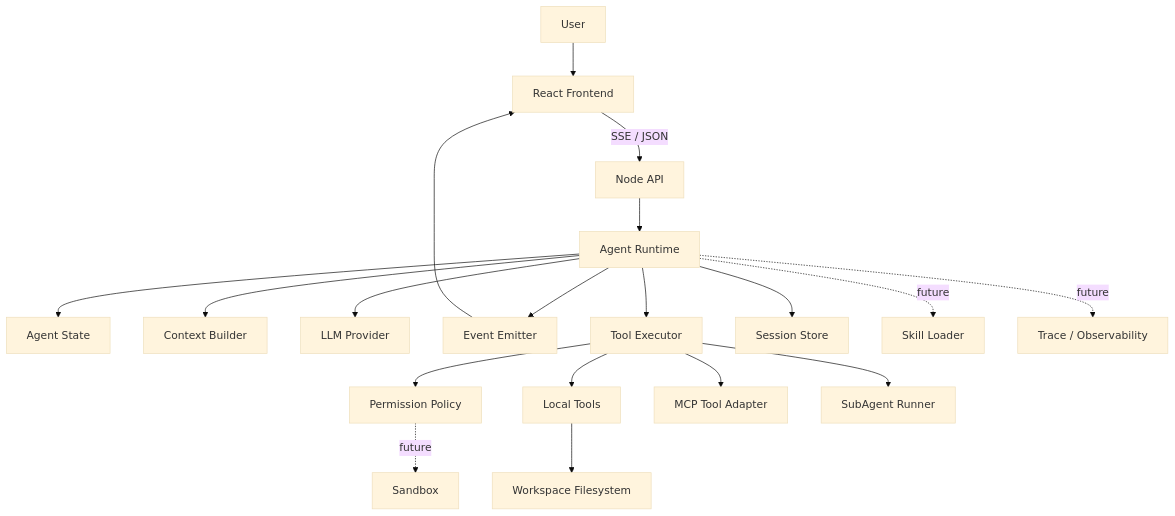
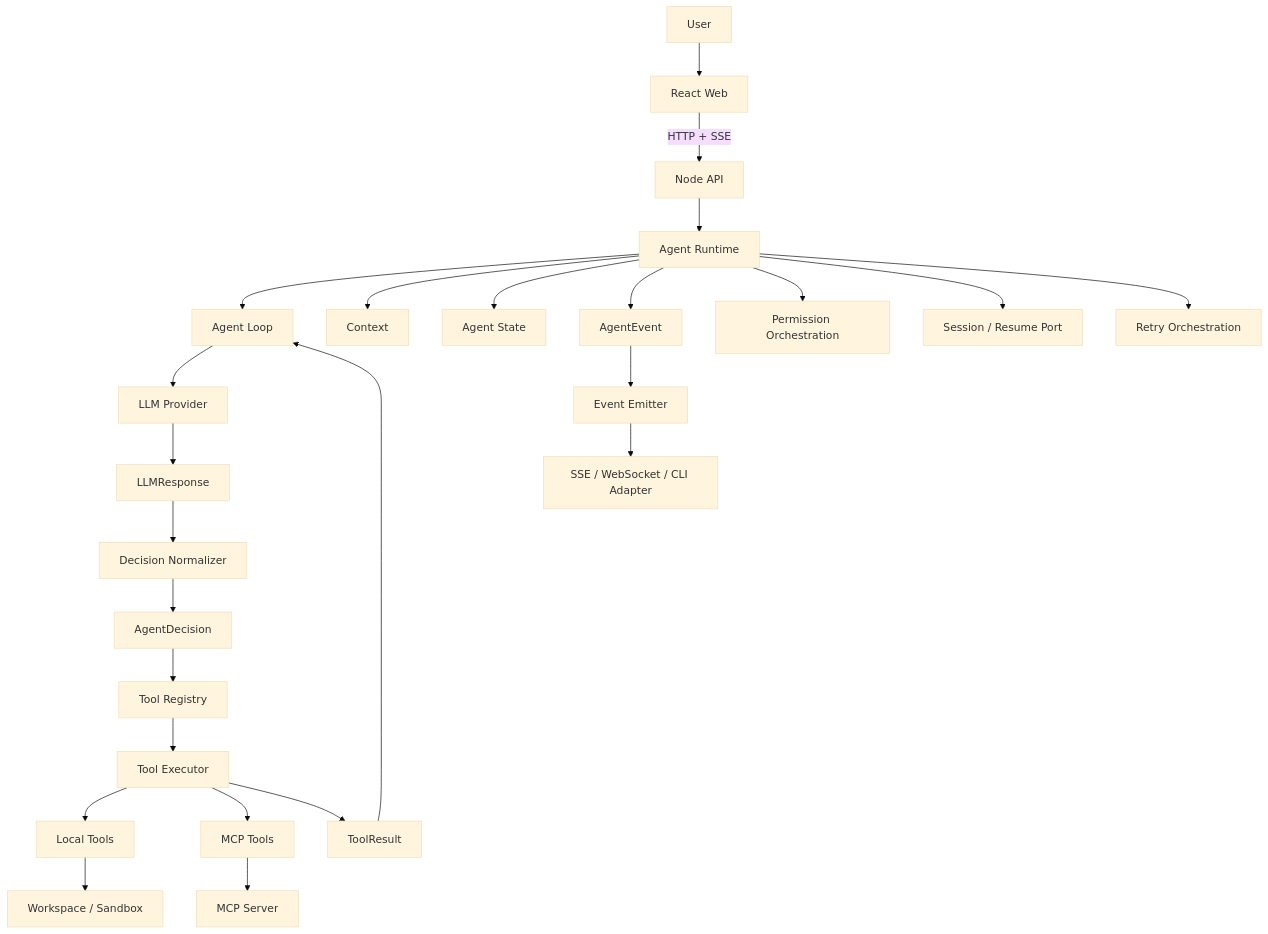
The first of 3 diagrams in docs/architecture.md (haodandan418-design/mini-agent), drawn with Mermaid (base theme) before and after one commit. The commit also changed other lines of this file and 48 other files, not shown here.

````diff
--- a/docs/architecture.md
+++ b/docs/architecture.md
@@ -5,21 +74,27 @@
 ```mermaid
 flowchart TD
-    U[User] --> F[React Frontend]
-    F -->|SSE / JSON| API[Node API]
-    API --> R[Agent Runtime]
-    R --> S[Agent State]
-    R --> C[Context Builder]
-    R --> L[LLM Provider]
-    R --> E[Event Emitter]
-    R --> X[Tool Executor]
-    X --> P[Permission Policy]
-    X --> LT[Local Tools]
-    X --> MT[MCP Tool Adapter]
-    X --> SA[SubAgent Runner]
-    LT --> FS[Workspace Filesystem]
-    R --> SS[Session Store]
-    E --> F
-    R -. future .-> SK[Skill Loader]
-    R -. future .-> O[Trace / Observability]
-    P -. future .-> SB[Sandbox]
+    User[User] --> Web[React Web]
+    Web -->|HTTP + SSE| API[Node API]
+    API --> Runtime[Agent Runtime]
+    Runtime --> Loop[Agent Loop]
+    Loop --> Provider[LLM Provider]
+    Provider --> Response[LLMResponse]
+    Response --> Normalizer[Decision Normalizer]
+    Normalizer --> Decision[AgentDecision]
+    Decision --> Registry[Tool Registry]
+    Registry --> Executor[Tool Executor]
+    Executor --> Local[Local Tools]
+    Executor --> MCP[MCP Tools]
+    Local --> Workspace[Workspace / Sandbox]
+    MCP --> Remote[MCP Server]
+    Executor --> Result[ToolResult]
+    Result --> Loop
+    Runtime --> Context[Context]
+    Runtime --> State[Agent State]
+    Runtime --> Events[AgentEvent]
+    Runtime --> Permission[Permission Orchestration]
+    Runtime --> Session[Session / Resume Port]
+    Runtime --> Retry[Retry Orchestration]
+    Events --> Emitter[Event Emitter]
+    Emitter --> Transport[SSE / WebSocket / CLI Adapter]
 ```
````
